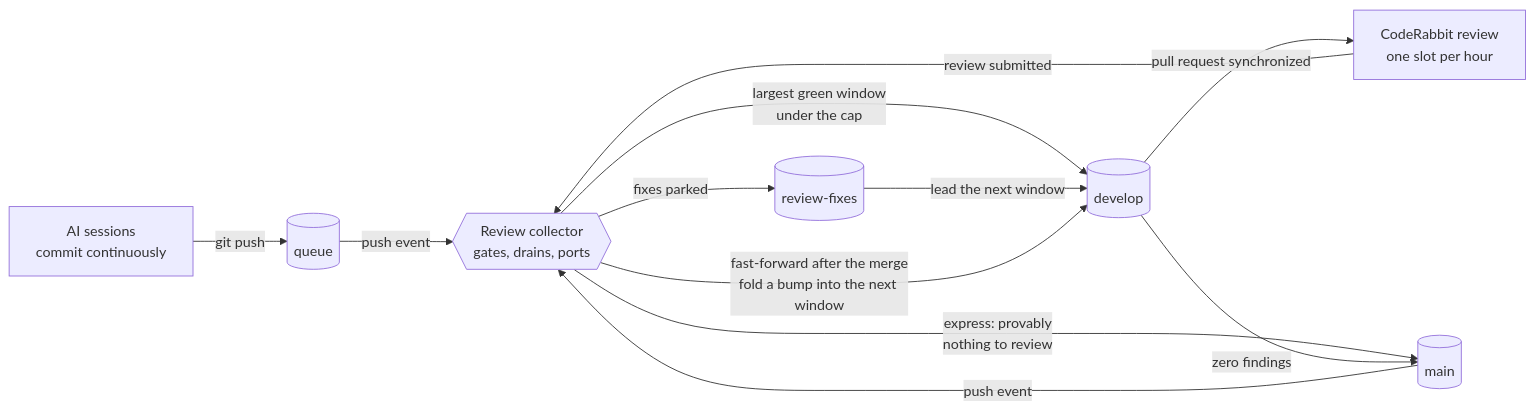
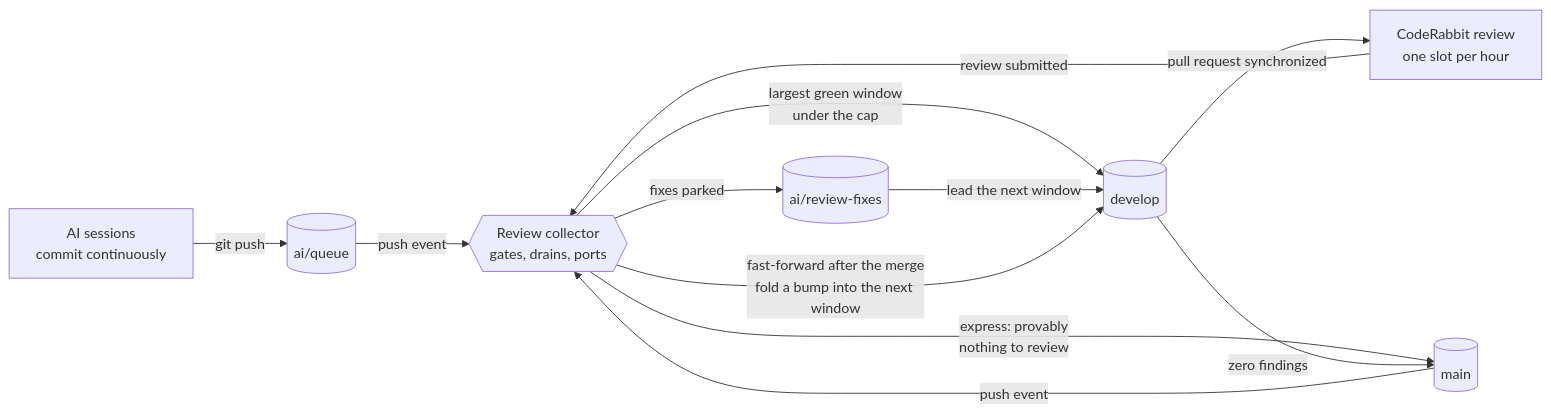
The diagram in README.md (Esposter/Esposter), drawn with Mermaid before and after one commit. The commit also changed other lines of this file and 25 other files, not shown here.

````diff
--- a/README.md
+++ b/README.md
@@ -340,14 +340,14 @@
 ```mermaid
 flowchart LR
-  S[AI sessions<br/>commit continuously] -->|git push| Q[(queue)]
+  S[AI sessions<br/>commit continuously] -->|git push| Q[(ai/queue)]
   Q -->|push event| C{{Review collector<br/>gates, drains, ports}}
   C -->|largest green window<br/>under the cap| D[(develop)]
   C -->|express: provably<br/>nothing to review| M
   D -->|pull request synchronized| R[CodeRabbit review<br/>one slot per hour]
   R -->|review submitted| C
-  C -->|fixes parked| F[(review-fixes)]
+  C -->|fixes parked| F[(ai/review-fixes)]
   F -->|lead the next window| D
   D -->|zero findings| M[(main)]
   M -->|push event| C
   C -->|fast-forward after the merge<br/>fold a bump into the next window| D
 ```
````
